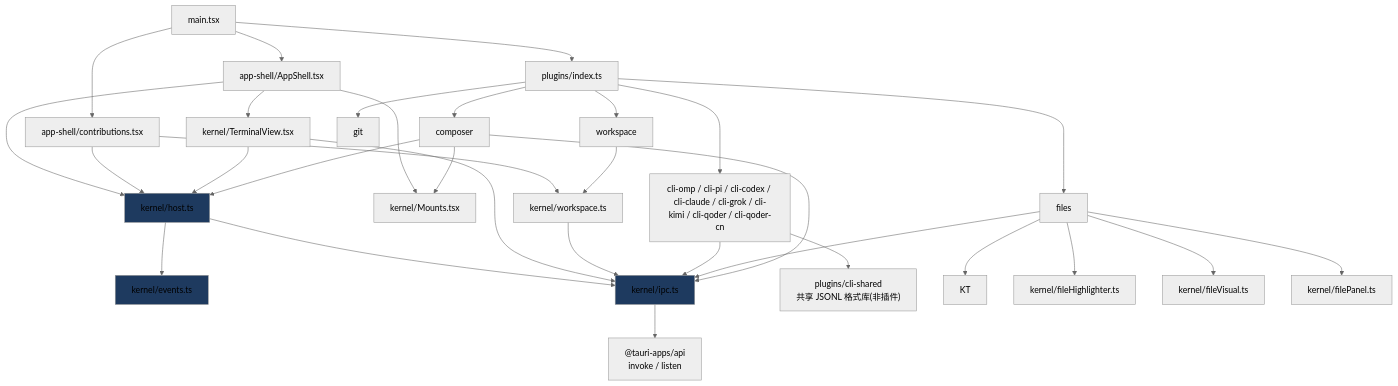
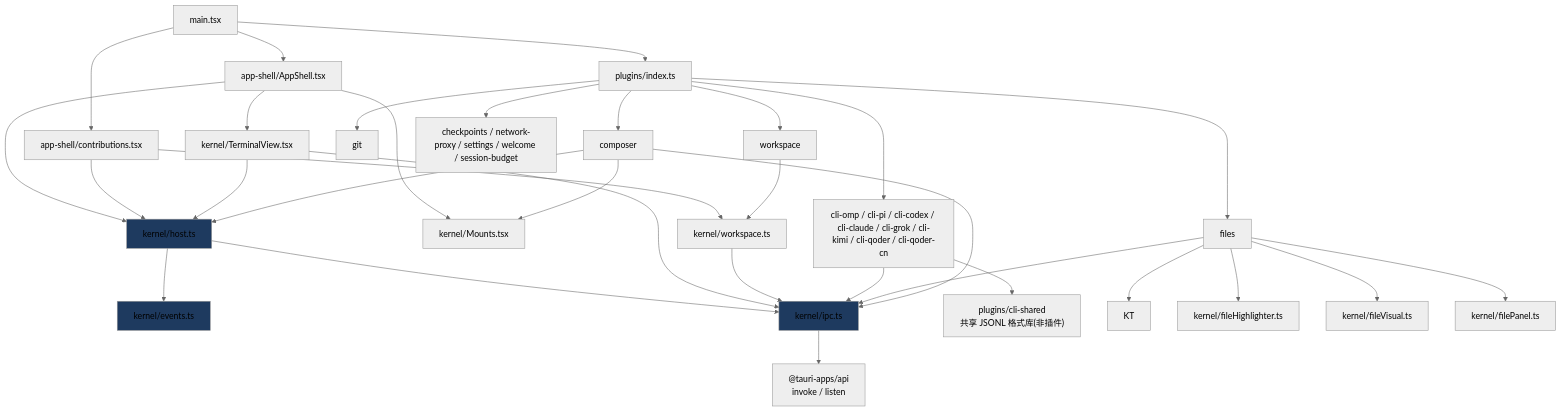
The eighth of 8 diagrams in docs/architecture/02-code-architecture.md (chenxiangning/tmd-cli), drawn with Mermaid (neutral theme) before and after one commit. The commit also changed other lines of this file and 73 other files, not shown here.

````diff
--- a/docs/architecture/02-code-architecture.md
+++ b/docs/architecture/02-code-architecture.md
@@ -314,36 +324,37 @@
 ```mermaid
 flowchart TD
     M["main.tsx"] --> AS["app-shell/AppShell.tsx"]
     M --> CT["app-shell/contributions.tsx"]
     M --> PI["plugins/index.ts"]
 
     AS --> KH["kernel/host.ts"]
     AS --> KM["kernel/Mounts.tsx"]
     AS --> KTV["kernel/TerminalView.tsx"]
     CT --> KH
     CT --> KW["kernel/workspace.ts"]
 
     PI --> P1["cli-omp / cli-pi / cli-codex / cli-claude / cli-grok / cli-kimi / cli-qoder / cli-qoder-cn"]
     PI --> P2["workspace"]
     PI --> P3["files"]
     PI --> P4["git"]
     PI --> P5["composer"]
+    PI --> P6["checkpoints / network-proxy / settings / welcome / session-budget"]
 
     KH --> KE["kernel/events.ts"]
     KH --> KI["kernel/ipc.ts"]
     KTV --> KI
     KTV --> KH
     KW --> KI
 
     P1 --> KI
     P1 --> SH["plugins/cli-shared<br/>共享 JSONL 格式库(非插件)"]
     P2 --> KW
     P3 --> KI & KT & KFH["kernel/fileHighlighter.ts"] & KFV["kernel/fileVisual.ts"] & KFP["kernel/filePanel.ts"]
     P5 --> KH & KM & KI
 
     KI --> TAPI["@tauri-apps/api<br/>invoke / listen"]
 
     style KE fill:#1e3a5f
     style KI fill:#1e3a5f
     style KH fill:#1e3a5f
 ```
````
